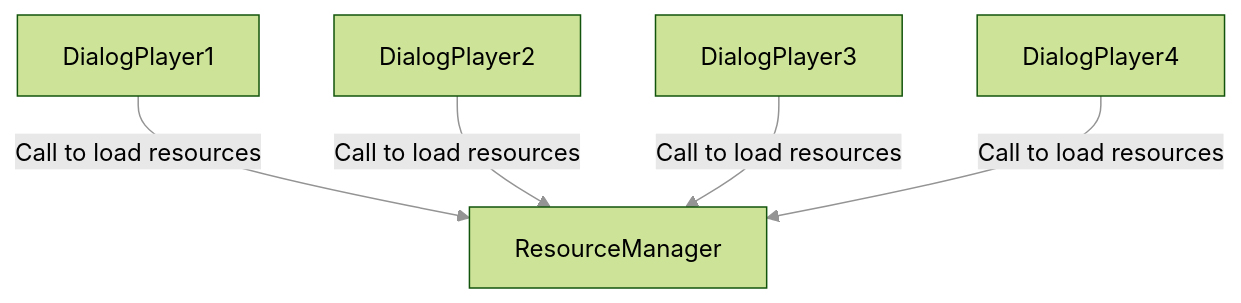
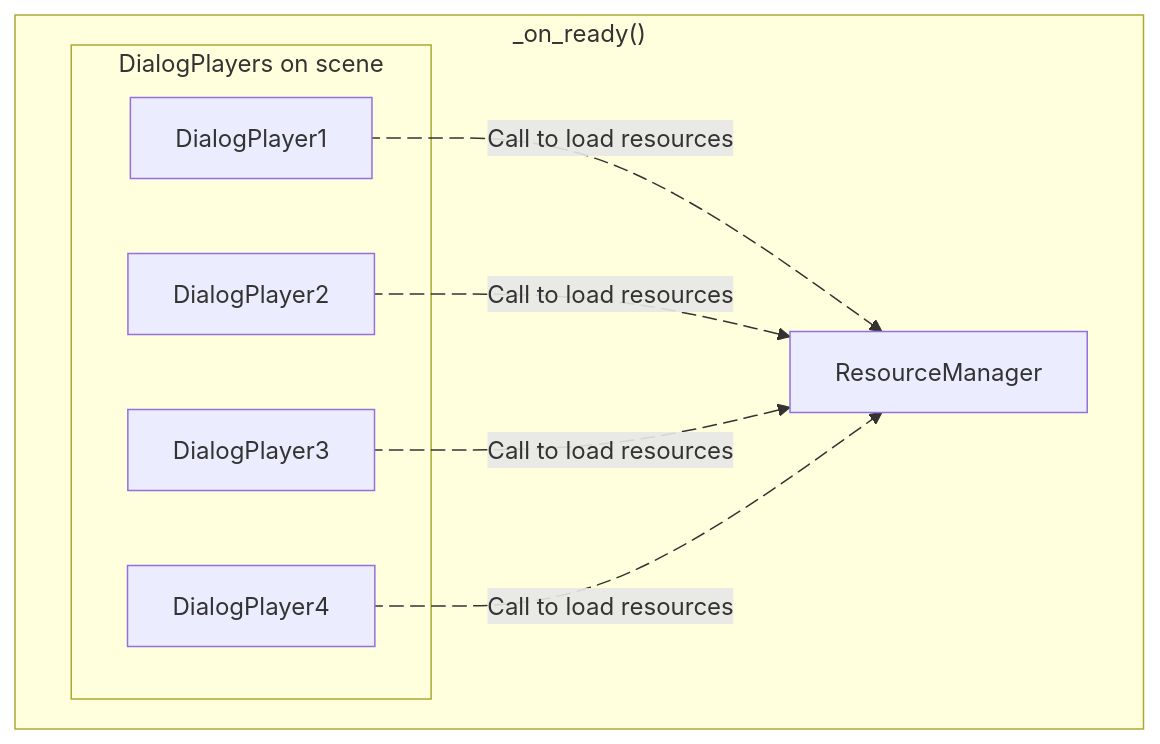
The diagram in docs/dialogues/using-dialogues.md (SproutyLabs/SproutyDialogsDocs), drawn with Mermaid before and after one commit. The commit also changed other lines of this file and 5 other files, not shown here.

````diff
--- a/docs/dialogues/using-dialogues.md
+++ b/docs/dialogues/using-dialogues.md
@@ -109,13 +109,19 @@
 ```mermaid
----
-config:
-  theme: 'forest'
-  themeVariables:
-    lineColor: '#949494ff'
----
 graph TD;
-    DialogPlayer1-->|Call to load resources| ResourceManager;
-    DialogPlayer2-->|Call to load resources| ResourceManager;
-    DialogPlayer3-->|Call to load resources| ResourceManager;
-    DialogPlayer4-->|Call to load resources| ResourceManager;
+	subgraph OnReady ["_on_ready()"]
+		subgraph OnScene ["DialogPlayers on scene"]
+		DialogPlayer1
+		DialogPlayer2
+		DialogPlayer3
+		DialogPlayer4
+		end
+        DialogPlayer1 e1@--Call to load resources-->ResourceManager
+    	DialogPlayer2 e2@--Call to load resources-->ResourceManager
+   		DialogPlayer3 e3@--Call to load resources-->ResourceManager
+    	DialogPlayer4 e4@--Call to load resources-->ResourceManager
+		e1@{ animate: slow }
+		e2@{ animate: slow }
+		e3@{ animate: slow }
+		e4@{ animate: slow }
+    end
 ```
````
